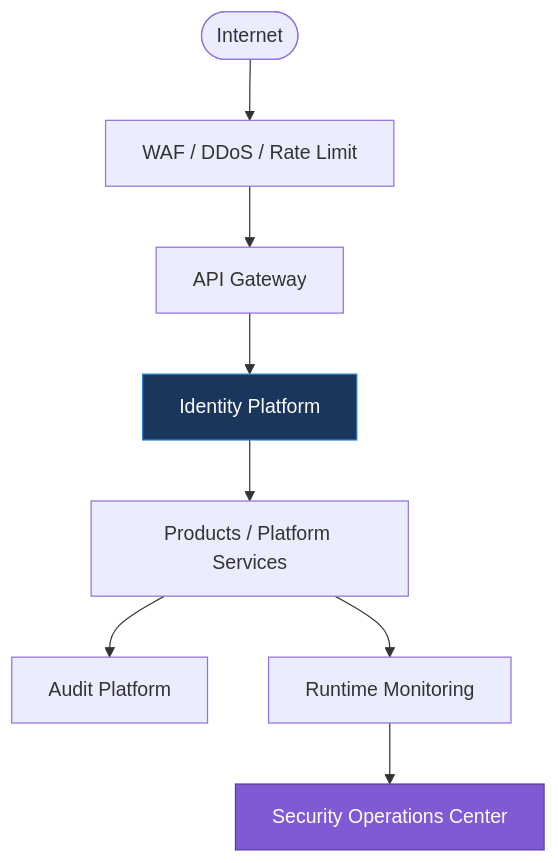
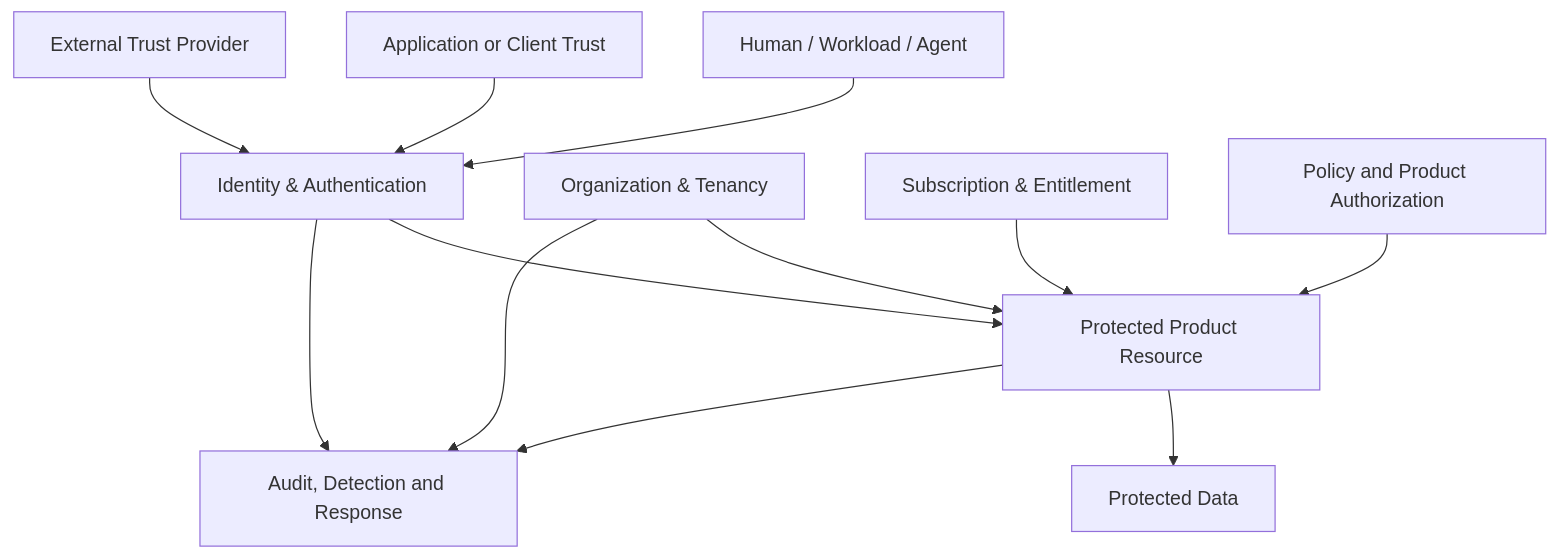
The diagram in 01-enterprise/EAD-006-enterprise-security-architecture.md (anshacerbia2/scnehaux-architecture), drawn with Mermaid before and after one commit. The commit also changed other lines of this file and 5 other files, not shown here.

First line of the commit message:
feat(enterprise): rewrite EAD v2 for operations-first architecture

````diff
--- a/01-enterprise/EAD-006-enterprise-security-architecture.md
+++ b/01-enterprise/EAD-006-enterprise-security-architecture.md
@@ -142,13 +83,25 @@
 ```mermaid
-graph TD
-    Internet([Internet]) --> WAF[WAF / DDoS / Rate Limit]
-    WAF --> API[API Gateway]
-    API --> IAM[Identity Platform]
-    IAM --> Products[Products / Platform Services]
-    Products --> Audit[Audit Platform]
-    Products --> Mon[Runtime Monitoring]
-    Mon --> SOC[Security Operations Center]
+graph TB
+    ACTOR[Human / Workload / Agent]
+    APP[Application or Client Trust]
+    IAM[Identity & Authentication]
+    TEN[Organization & Tenancy]
+    ENT[Subscription & Entitlement]
+    POLICY[Policy and Product Authorization]
+    RESOURCE[Protected Product Resource]
+    DATA[Protected Data]
+    EXTERNAL[External Trust Provider]
+    AUDIT[Audit, Detection and Response]
 
-    style IAM fill:#1a365d,stroke:#3182ce,color:#fff
-    style SOC fill:#805ad5,stroke:#553c9a,color:#fff
+    ACTOR --> IAM
+    APP --> IAM
+    EXTERNAL --> IAM
+    IAM --> RESOURCE
+    TEN --> RESOURCE
+    ENT --> RESOURCE
+    POLICY --> RESOURCE
+    RESOURCE --> DATA
+    RESOURCE --> AUDIT
+    IAM --> AUDIT
+    TEN --> AUDIT
 ```
````
